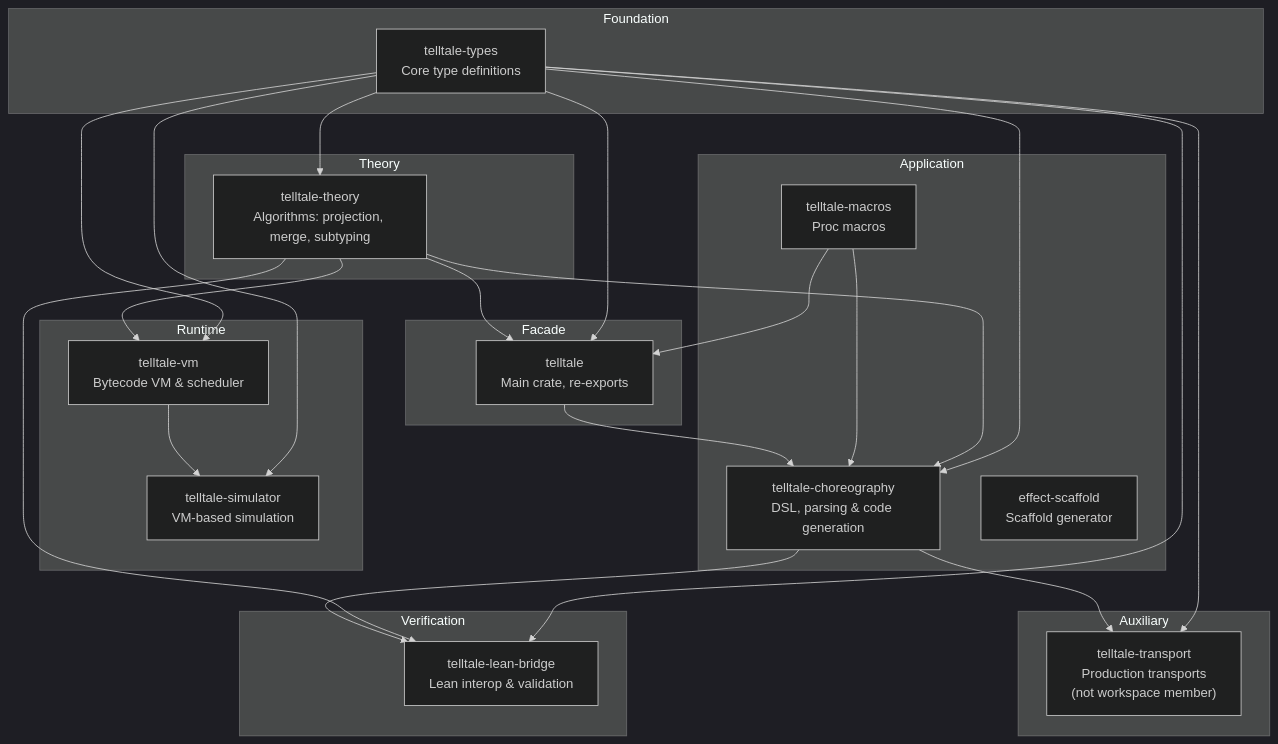
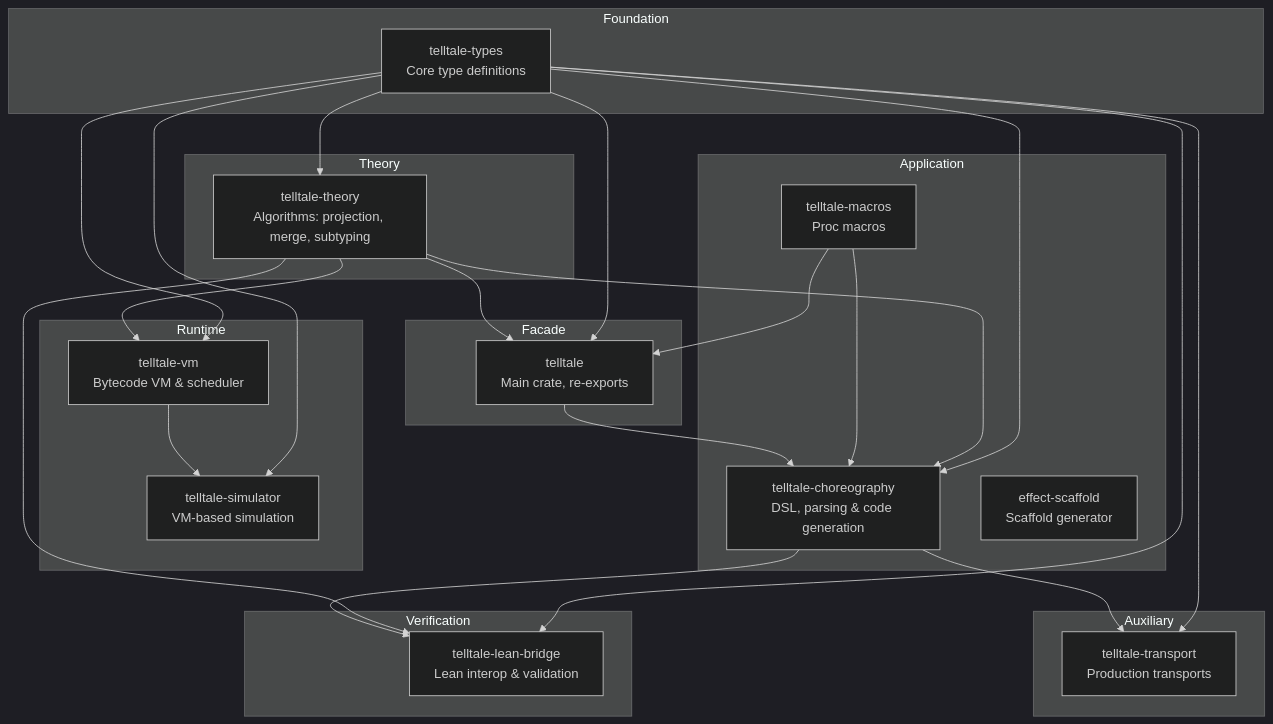
Before and after one commit to hxrts/telltale: the diagram in docs/04_code_organization.md, drawn with Mermaid (dark theme). The commit also changed other lines of this file and 2 other files, not shown here.

Commit message:
docs: refresh 01-04 accuracy and workspace layout

````diff
--- a/docs/04_code_organization.md
+++ b/docs/04_code_organization.md
@@ -33,56 +34,56 @@
 ```mermaid
 graph TB
     subgraph Foundation
         types["telltale-types<br/>Core type definitions"]
     end
 
     subgraph Theory
         theory["telltale-theory<br/>Algorithms: projection, merge, subtyping"]
     end
 
     subgraph Verification
         lean["telltale-lean-bridge<br/>Lean interop & validation"]
     end
 
     subgraph Runtime
         vm["telltale-vm<br/>Bytecode VM & scheduler"]
         simulator["telltale-simulator<br/>VM-based simulation"]
     end
 
     subgraph Application
         choreo["telltale-choreography<br/>DSL, parsing & code generation"]
         macros["telltale-macros<br/>Proc macros"]
         scaffold["effect-scaffold<br/>Scaffold generator"]
     end
 
     subgraph Facade
         main["telltale<br/>Main crate, re-exports"]
     end
 
     subgraph Auxiliary
-        transport["telltale-transport<br/>Production transports<br/>(not workspace member)"]
+        transport["telltale-transport<br/>Production transports"]
     end
 
     types --> theory
     types --> main
     types --> choreo
     types --> lean
     types --> vm
     types --> simulator
 
     theory --> main
     theory --> vm
     theory --> choreo
     theory --> lean
 
     vm --> simulator
 
     macros --> main
     macros --> choreo
     main --> choreo
 
     choreo --> lean
 
     types --> transport
     choreo --> transport
 ```
````
